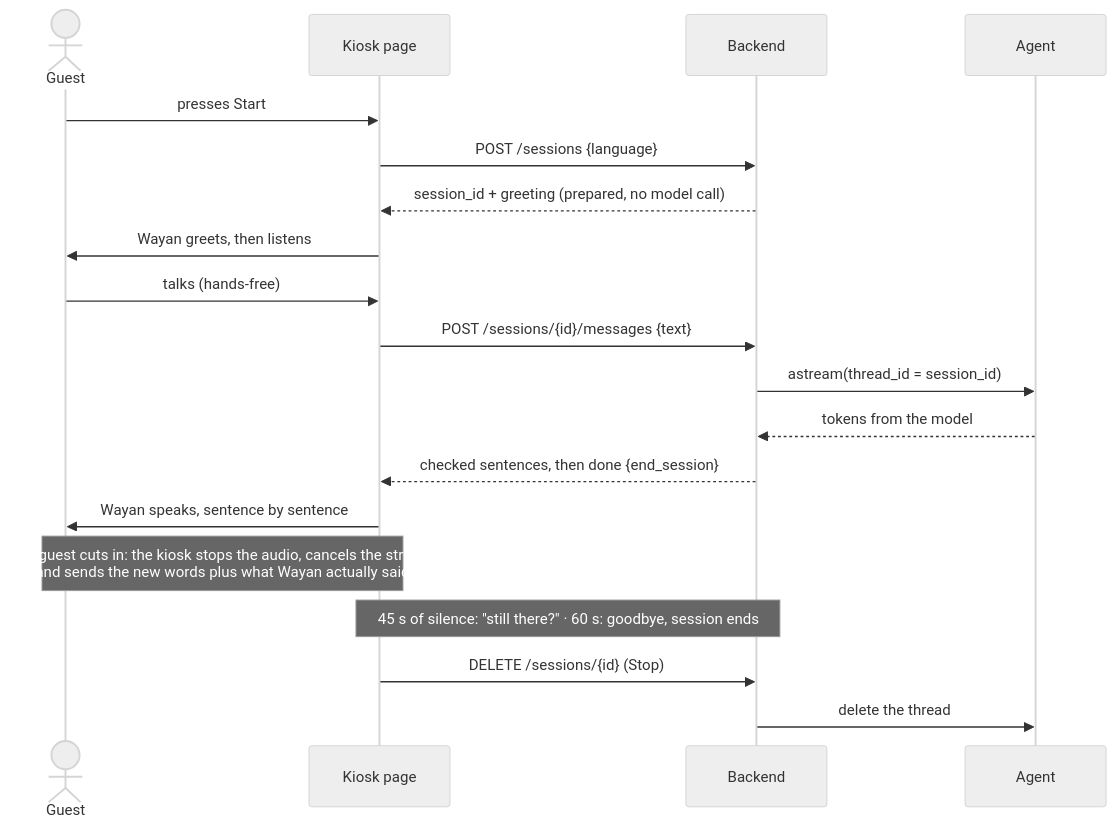
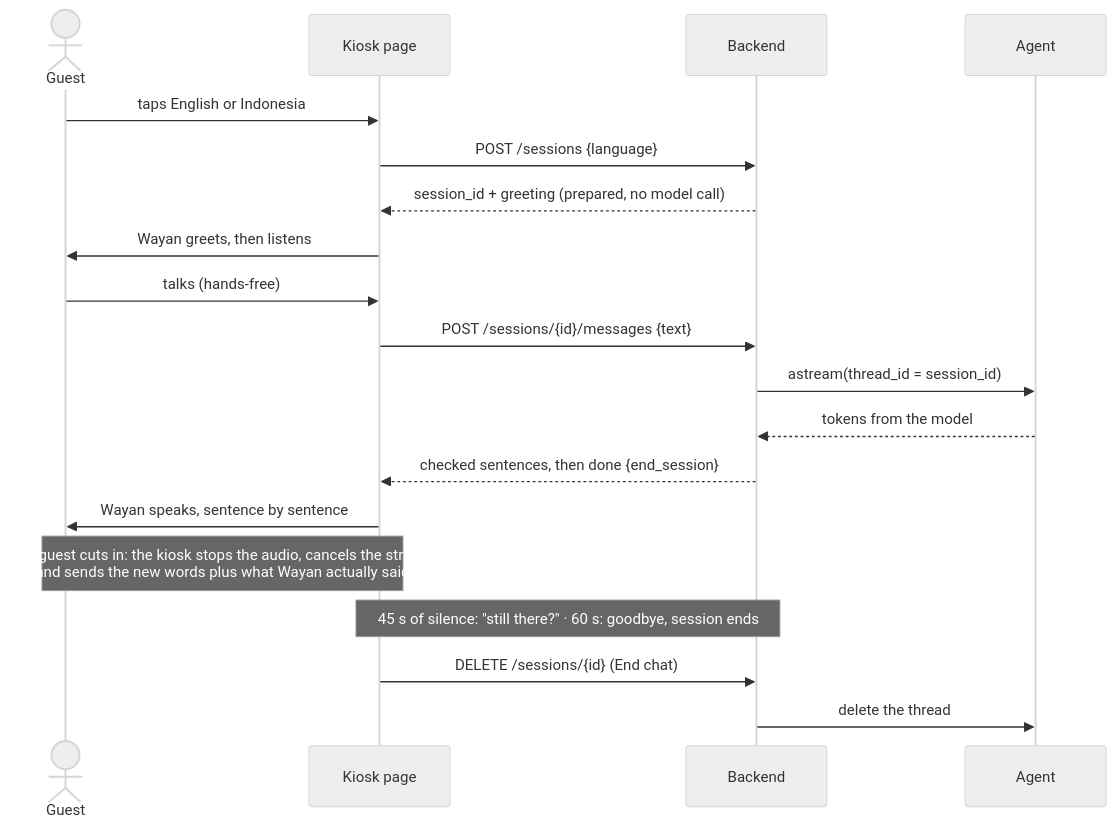
The second of 3 diagrams in docs/architecture.md (rozi-bb/avatar-chatbot), drawn with Mermaid (neutral theme) before and after one commit. The commit also changed other lines of this file and 6 other files, not shown here.

````diff
--- a/docs/architecture.md
+++ b/docs/architecture.md
@@ -56,21 +56,21 @@
 ```mermaid
 sequenceDiagram
     actor G as Guest
     participant K as Kiosk page
     participant B as Backend
     participant A as Agent
-    G->>K: presses Start
+    G->>K: taps English or Indonesia
     K->>B: POST /sessions {language}
     B-->>K: session_id + greeting (prepared, no model call)
     K->>G: Wayan greets, then listens
     G->>K: talks (hands-free)
     K->>B: POST /sessions/{id}/messages {text}
     B->>A: astream(thread_id = session_id)
     A-->>B: tokens from the model
     B-->>K: checked sentences, then done {end_session}
     K->>G: Wayan speaks, sentence by sentence
     Note over G,K: The guest cuts in: the kiosk stops the audio, cancels the stream,<br/>and sends the new words plus what Wayan actually said
     Note over K,B: 45 s of silence: "still there?" · 60 s: goodbye, session ends
-    K->>B: DELETE /sessions/{id} (Stop)
+    K->>B: DELETE /sessions/{id} (End chat)
     B->>A: delete the thread
 ```
````
